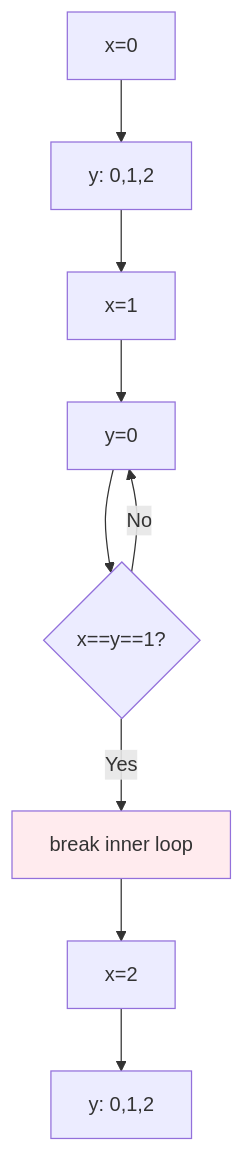
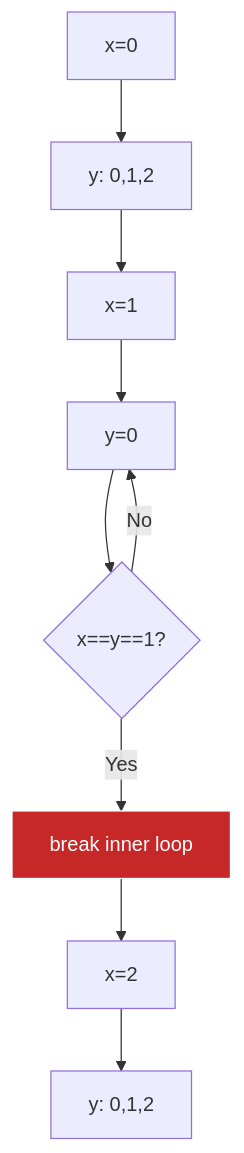
Before and after one commit to specialized806/jaseci: the third of 3 diagrams in jac/examples/reference/control_statements.md, drawn with Mermaid. The commit also changed 13 other files, not shown here.

Commit message:
imporve spec diagram styles

````diff
--- a/jac/examples/reference/control_statements.md
+++ b/jac/examples/reference/control_statements.md
@@ -110,13 +110,13 @@
 ```mermaid
 graph TD
     A[x=0] --> B[y: 0,1,2]
     B --> C[x=1]
     C --> D[y=0]
     D --> E{x==y==1?}
     E -->|No| D
     E -->|Yes| F[break inner loop]
     F --> G[x=2]
     G --> H[y: 0,1,2]
 
-    style F fill:#ffebee
+    style F fill:#c62828,stroke:#fff,color:#fff
 ```
````
